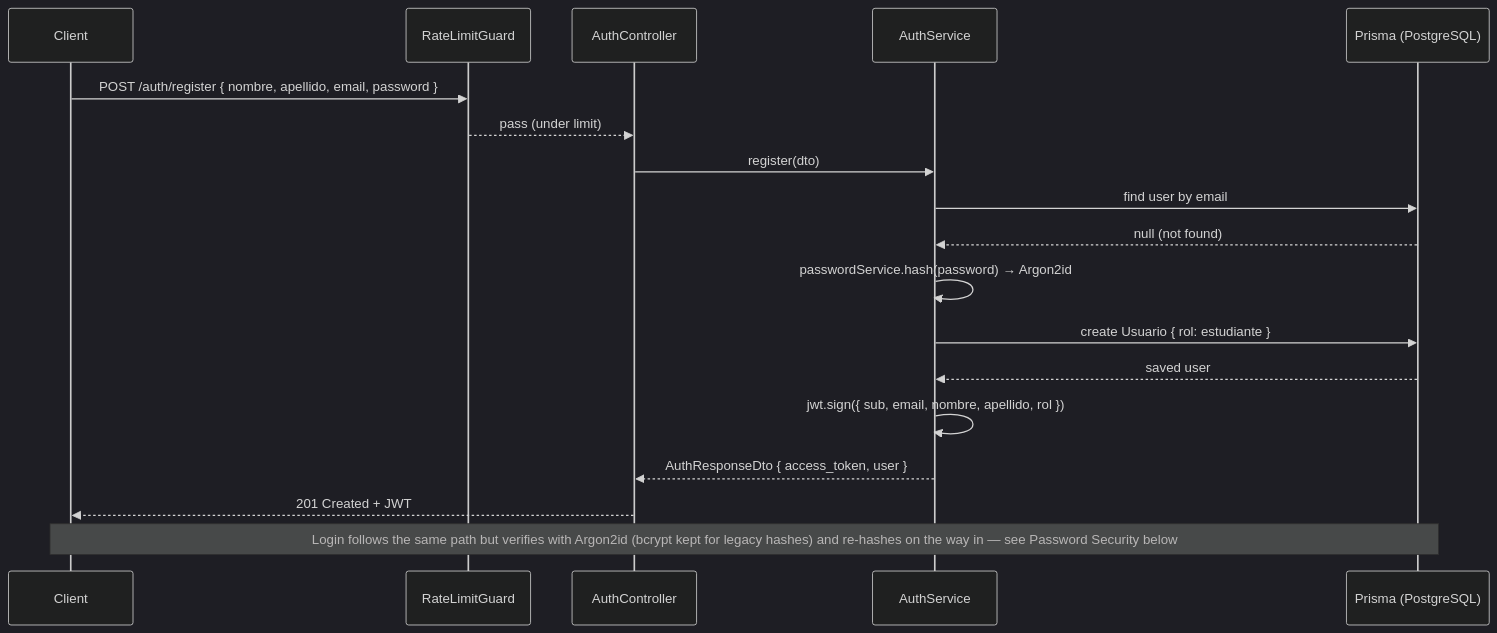
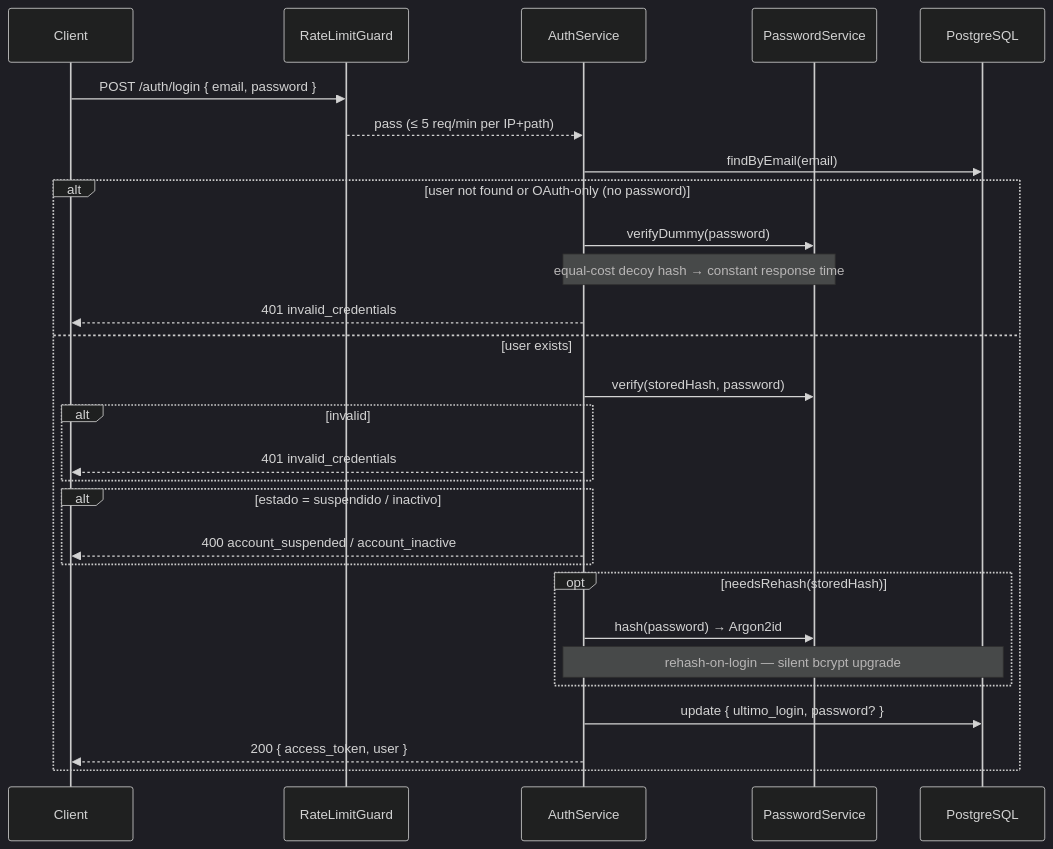
Before and after one commit to EciWise/EciWise.github.io: the sixth of 16 diagrams in how/auth-service.md, drawn with Mermaid (dark theme). The commit also changed other lines of this file and 10 other files, not shown here.

First line of the commit message:
Enhance documentation with C4 model diagrams for notifications, study, talk, and tutoring services

````diff
--- a/how/auth-service.md
+++ b/how/auth-service.md
@@ -68,22 +385,32 @@
 ```mermaid
 sequenceDiagram
     participant C as Client
     participant R as RateLimitGuard
-    participant Ctrl as AuthController
     participant S as AuthService
-    participant P as Prisma (PostgreSQL)
+    participant PS as PasswordService
+    participant DB as PostgreSQL
 
-    C->>R: POST /auth/register { nombre, apellido, email, password }
-    R-->>Ctrl: pass (under limit)
-    Ctrl->>S: register(dto)
-    S->>P: find user by email
-    P-->>S: null (not found)
-    S->>S: passwordService.hash(password) → Argon2id
-    S->>P: create Usuario { rol: estudiante }
-    P-->>S: saved user
-    S->>S: jwt.sign({ sub, email, nombre, apellido, rol })
-    S-->>Ctrl: AuthResponseDto { access_token, user }
-    Ctrl-->>C: 201 Created + JWT
+    C->>R: POST /auth/login { email, password }
+    R-->>S: pass (≤ 5 req/min per IP+path)
+    S->>DB: findByEmail(email)
 
-    note over C,P: Login follows the same path but verifies with Argon2id (bcrypt kept for legacy hashes) and re-hashes on the way in — see Password Security below
+    alt user not found or OAuth-only (no password)
+        S->>PS: verifyDummy(password)
+        note over S,PS: equal-cost decoy hash → constant response time
+        S-->>C: 401 invalid_credentials
+    else user exists
+        S->>PS: verify(storedHash, password)
+        alt invalid
+            S-->>C: 401 invalid_credentials
+        end
+        alt estado = suspendido / inactivo
+            S-->>C: 400 account_suspended / account_inactive
+        end
+        opt needsRehash(storedHash)
+            S->>PS: hash(password) → Argon2id
+            note over S,DB: rehash-on-login — silent bcrypt upgrade
+        end
+        S->>DB: update { ultimo_login, password? }
+        S-->>C: 200 { access_token, user }
+    end
 ```
````
